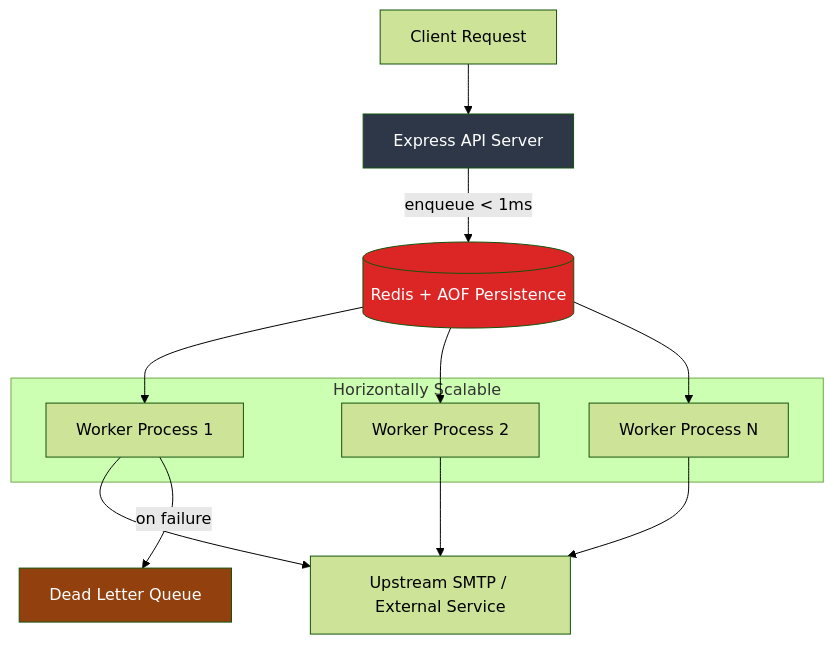
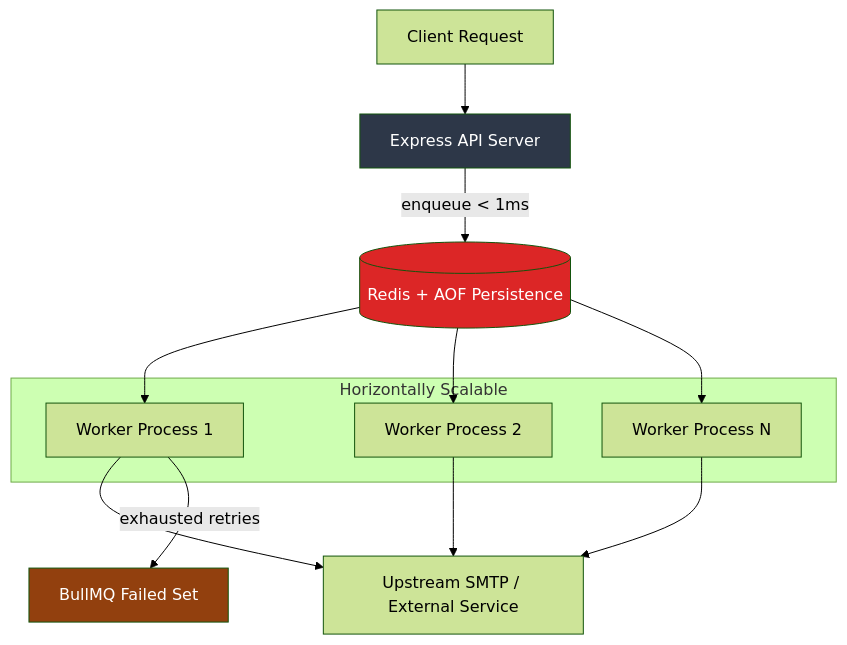
One commit to sudhanshu1402/distributed-queue-engine changed the diagram in README.md. Above: the diagram before and after it, drawn with Mermaid (forest theme). The commit also changed other lines of this file and 4 other files, not shown here.

````diff
--- a/README.md
+++ b/README.md
@@ -15,22 +17,22 @@
 ```mermaid
 graph TB
     Client[Client Request] --> API[Express API Server]
     API -->|"enqueue < 1ms"| Redis[(Redis + AOF Persistence)]
     Redis --> W1[Worker Process 1]
     Redis --> W2[Worker Process 2]
     Redis --> WN[Worker Process N]
     W1 --> SMTP[Upstream SMTP / External Service]
     W2 --> SMTP
     WN --> SMTP
-    W1 -->|on failure| DLQ[Dead Letter Queue]
+    W1 -->|exhausted retries| DLQ[BullMQ Failed Set]
 
     subgraph "Horizontally Scalable"
         W1
         W2
         WN
     end
 
     style API fill:#2d3748,color:#fff
     style Redis fill:#dc2626,color:#fff
     style DLQ fill:#92400e,color:#fff
 ```
````
